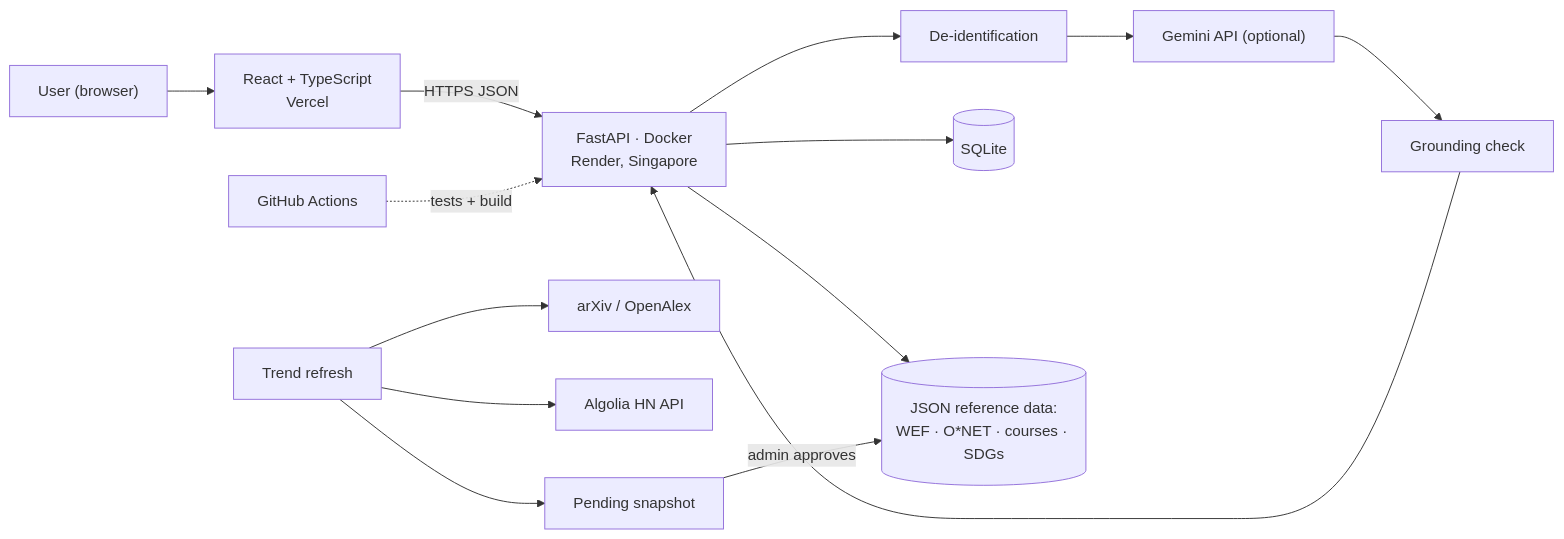
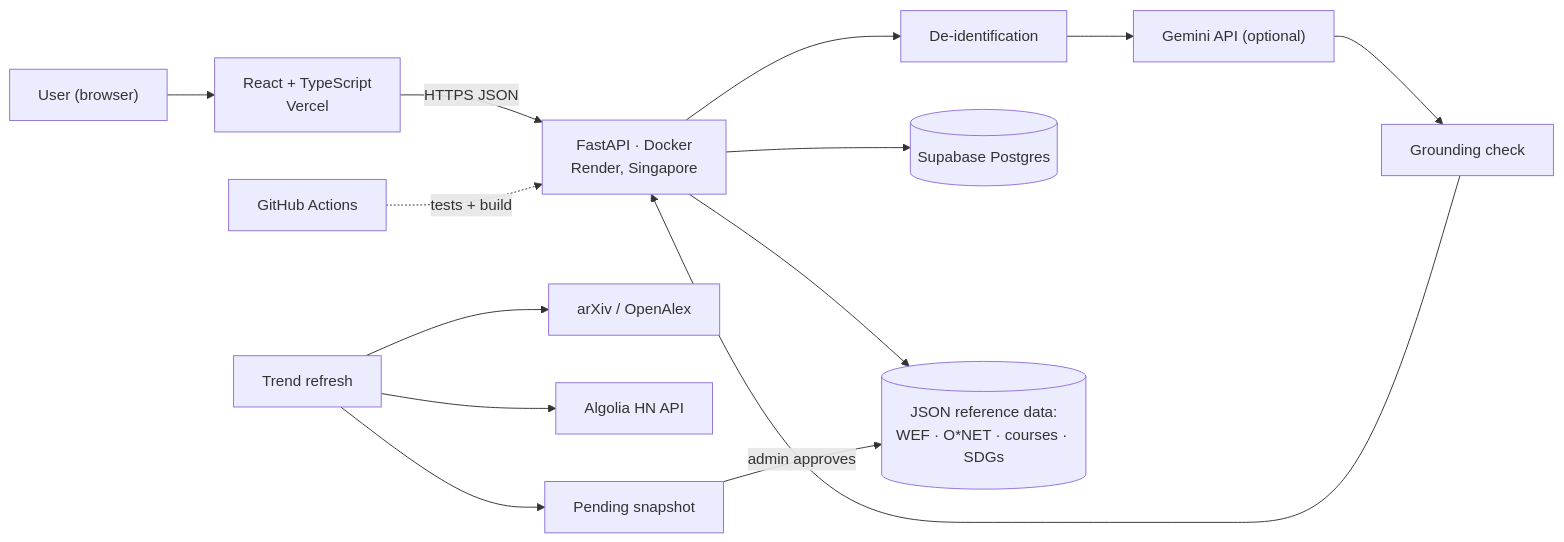
One commit to tanhongsheng050204-code/SDC-HACKATHON-2026---MADE-IN-UTM changed the diagram in docs/submission/SDC2026_MadeInUTM_TechDeclaration.md. Above: the diagram before and after it, drawn with Mermaid. The commit also changed other lines of this file and 10 other files, not shown here.

````diff
--- a/docs/submission/SDC2026_MadeInUTM_TechDeclaration.md
+++ b/docs/submission/SDC2026_MadeInUTM_TechDeclaration.md
@@ -180,13 +181,13 @@
 ```mermaid
 flowchart LR
     U["User (browser)"] --> FE["React + TypeScript<br/>Vercel"]
     FE -->|HTTPS JSON| API["FastAPI · Docker<br/>Render, Singapore"]
     API --> DEID["De-identification"] --> G["Gemini API (optional)"]
     G --> GR["Grounding check"] --> API
-    API --> DB[("SQLite")]
+    API --> DB[("Supabase Postgres")]
     API --> REF[("JSON reference data:<br/>WEF · O*NET · courses · SDGs")]
     T["Trend refresh"] --> AX["arXiv / OpenAlex"]
     T --> HN["Algolia HN API"]
     T --> P["Pending snapshot"] -->|admin approves| REF
     CI["GitHub Actions"] -.->|tests + build| API
 ```
````
